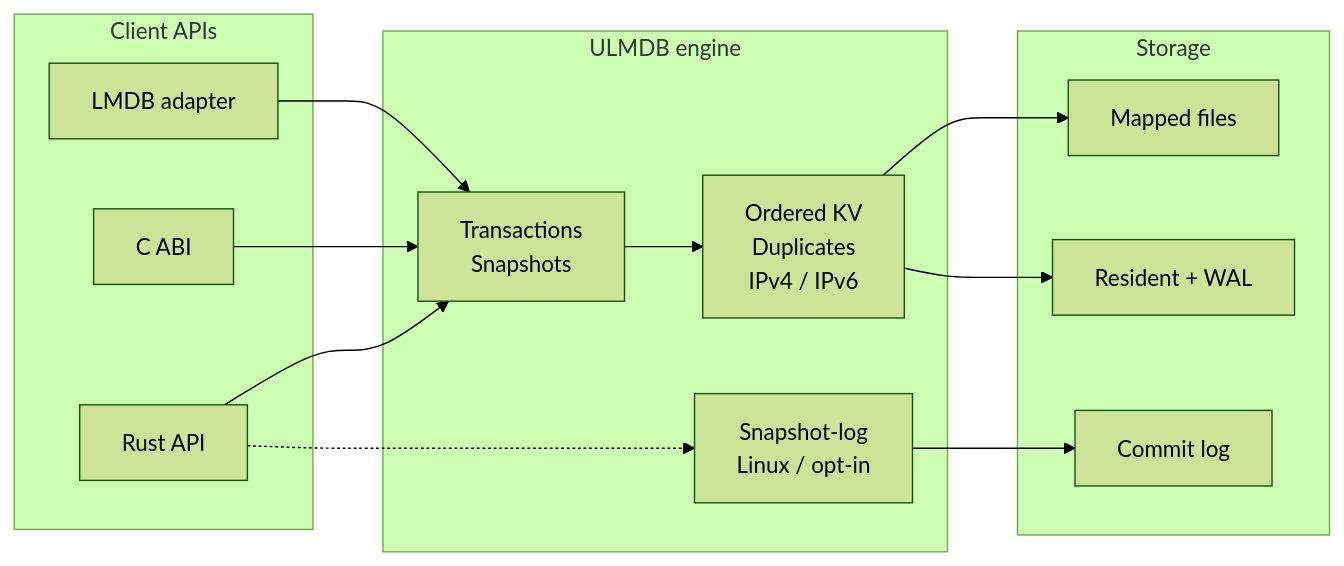
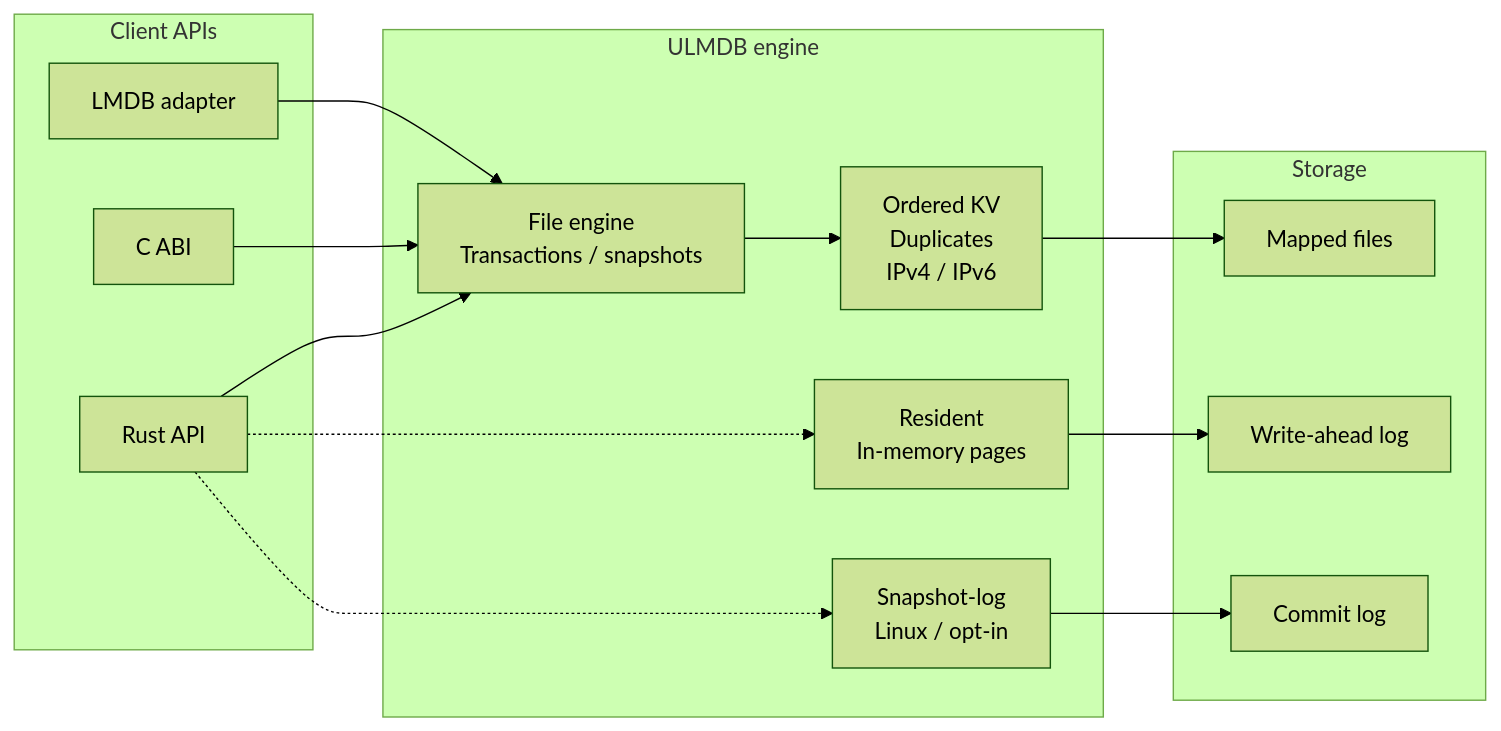
The diagram in README.md (cwittenberg/ulmdb), drawn with Mermaid (forest theme) before and after one commit. The commit also changed other lines of this file and 13 other files, not shown here.

````diff
--- a/README.md
+++ b/README.md
@@ -115,25 +122,27 @@
 ```mermaid
 flowchart LR
     subgraph APIs["Client APIs"]
         Rust["Rust API"]
         C["C ABI"]
         LMDB["LMDB adapter"]
     end
 
     subgraph Engine["ULMDB engine"]
-        Tx["Transactions<br/>Snapshots"]
+        Tx["File engine<br/>Transactions / snapshots"]
         Indexes["Ordered KV<br/>Duplicates<br/>IPv4 / IPv6"]
+        Resident["Resident<br/>In-memory pages"]
         Snapshot["Snapshot-log<br/>Linux / opt-in"]
         Tx --> Indexes
     end
 
     subgraph Storage["Storage"]
         Files["Mapped files"]
-        Resident["Resident + WAL"]
+        WAL["Write-ahead log"]
         Journal["Commit log"]
     end
 
     Rust & C & LMDB --> Tx
-    Indexes --> Files & Resident
+    Indexes --> Files
+    Rust -.-> Resident --> WAL
     Rust -.-> Snapshot --> Journal
 ```
````
